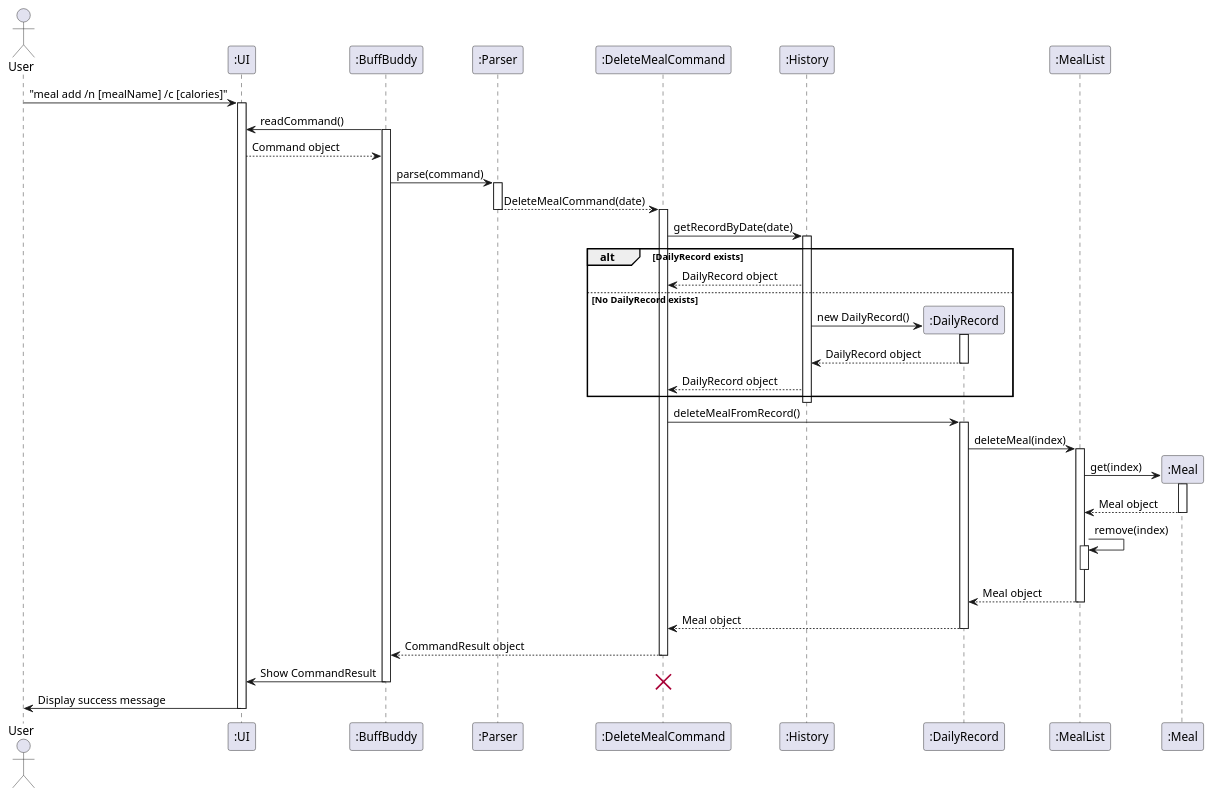
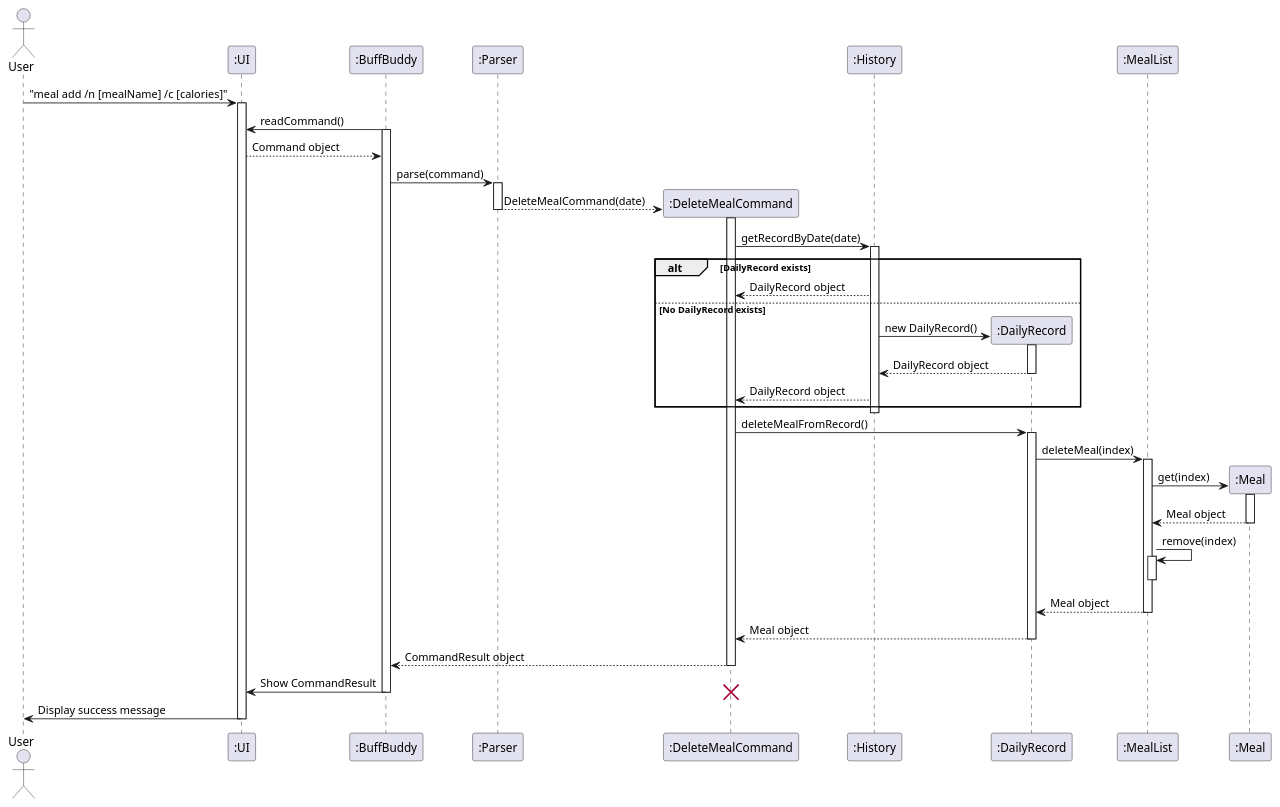
The diagram in docs/diagrams/deleteMealSequenceDiagram.puml (nus-cs2113-AY2425S1/tp), drawn with PlantUML before and after one commit. The commit also changed 5 other files, not shown here.

Commit message:
Edited Meal sequence diagrams AGAIN

```diff
--- a/docs/diagrams/deleteMealSequenceDiagram.puml
+++ b/docs/diagrams/deleteMealSequenceDiagram.puml
@@ -1,71 +1,72 @@
 @startuml
 actor User
 participant ":UI" as UI
 participant ":BuffBuddy" as BB
 participant ":Parser" as Parser
 participant ":DeleteMealCommand" as DeleteCmd
 participant ":History" as History
 participant ":DailyRecord" as DailyRec
 participant ":MealList" as MealList
 participant ":Meal" as Meal
 
 User -> UI: "meal add /n [mealName] /c [calories]"
 activate UI
 BB -> UI: readCommand()
 activate BB
 UI --> BB: Command object
 BB -> Parser: parse(command)
 activate Parser
 
+create DeleteCmd
 Parser --> DeleteCmd: DeleteMealCommand(date)
 deactivate Parser
 activate DeleteCmd
 
 DeleteCmd -> History: getRecordByDate(date)
 activate History
 
 alt DailyRecord exists
   History --> DeleteCmd: DailyRecord object
 else No DailyRecord exists
 create DailyRec
   History -> DailyRec: new DailyRecord()
   activate DailyRec
   DailyRec --> History : DailyRecord object
   deactivate DailyRec
   History --> DeleteCmd : DailyRecord object
 end
 deactivate History
 
 DeleteCmd -> DailyRec: deleteMealFromRecord()
 activate DailyRec
 DailyRec -> MealList: deleteMeal(index)
 
 create Meal
 activate MealList
 MealList -> Meal: get(index)
 activate Meal
 Meal --> MealList: Meal object
 deactivate Meal
 
 MealList -> MealList: remove(index)
 activate MealList
 
 
 deactivate MealList
 MealList --> DailyRec: Meal object
 deactivate MealList
 DailyRec --> DeleteCmd : Meal object
 
 deactivate DailyRec
 
 
 DeleteCmd --> BB: CommandResult object
 deactivate DeleteCmd
 
 BB -> UI: Show CommandResult
 deactivate BB
 destroy DeleteCmd
 
 UI -> User: Display success message
 deactivate UI
 @enduml
```
